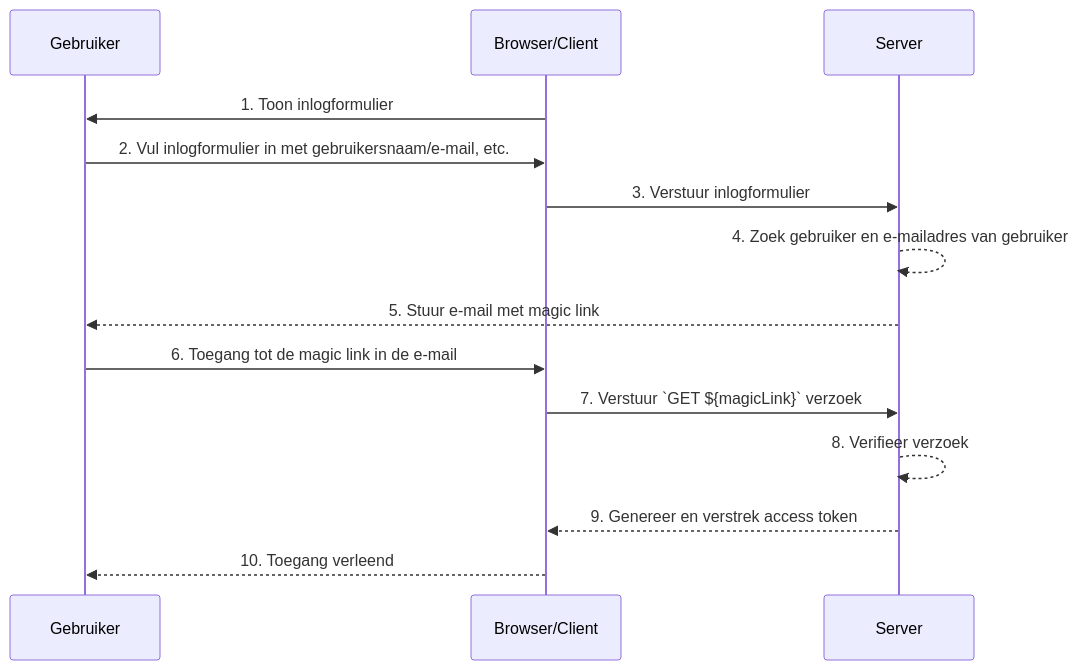
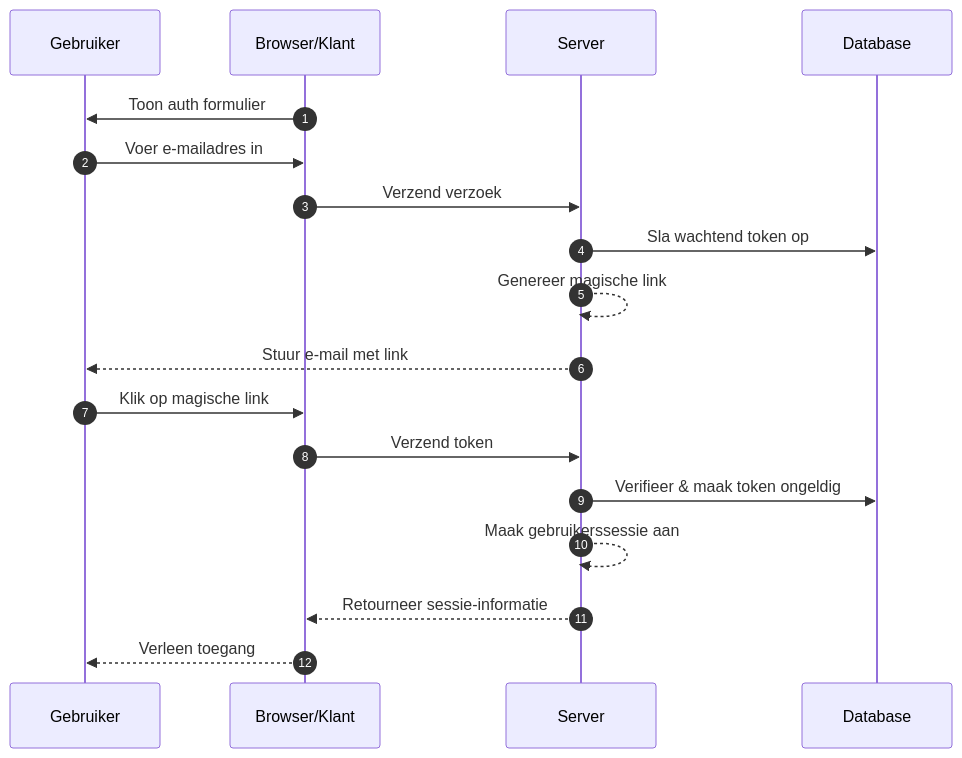
Before and after one commit to logto-io/auth-wiki: the first of 2 diagrams in src/content/terms/nl/magic-link.mdx, drawn with Mermaid. The commit also changed other lines of this file and 95 other files, not shown here.

````diff
--- a/src/content/terms/nl/magic-link.mdx
+++ b/src/content/terms/nl/magic-link.mdx
@@ -31,16 +17,20 @@
 ```mermaid
 sequenceDiagram
+    autonumber
     participant U as Gebruiker
-    participant B as Browser/Client
+    participant B as Browser/Klant
     participant S as Server
-    B->>U: 1. Toon inlogformulier
-    U->>B: 2. Vul inlogformulier in met gebruikersnaam/e-mail, etc.
-    B->>S: 3. Verstuur inlogformulier
-    S-->>S: 4. Zoek gebruiker en e-mailadres van gebruiker
-    S-->>U: 5. Stuur e-mail met magic link
-    U->>B: 6. Toegang tot de magic link in de e-mail
-    B->>S: 7. Verstuur `GET ${magicLink}` verzoek
-    S-->>S: 8. Verifieer verzoek
-    S-->>B: 9. Genereer en verstrek access token
-    B-->>U: 10. Toegang verleend
+    participant D as Database
+    B->>U: Toon auth formulier
+    U->>B: Voer e-mailadres in
+    B->>S: Verzend verzoek
+    S->>D: Sla wachtend token op
+    S-->>S: Genereer magische link
+    S-->>U: Stuur e-mail met link
+    U->>B: Klik op magische link
+    B->>S: Verzend token
+    S->>D: Verifieer & maak token ongeldig
+    S-->>S: Maak gebruikerssessie aan
+    S-->>B: Retourneer sessie-informatie
+    B-->>U: Verleen toegang
 ```
````
